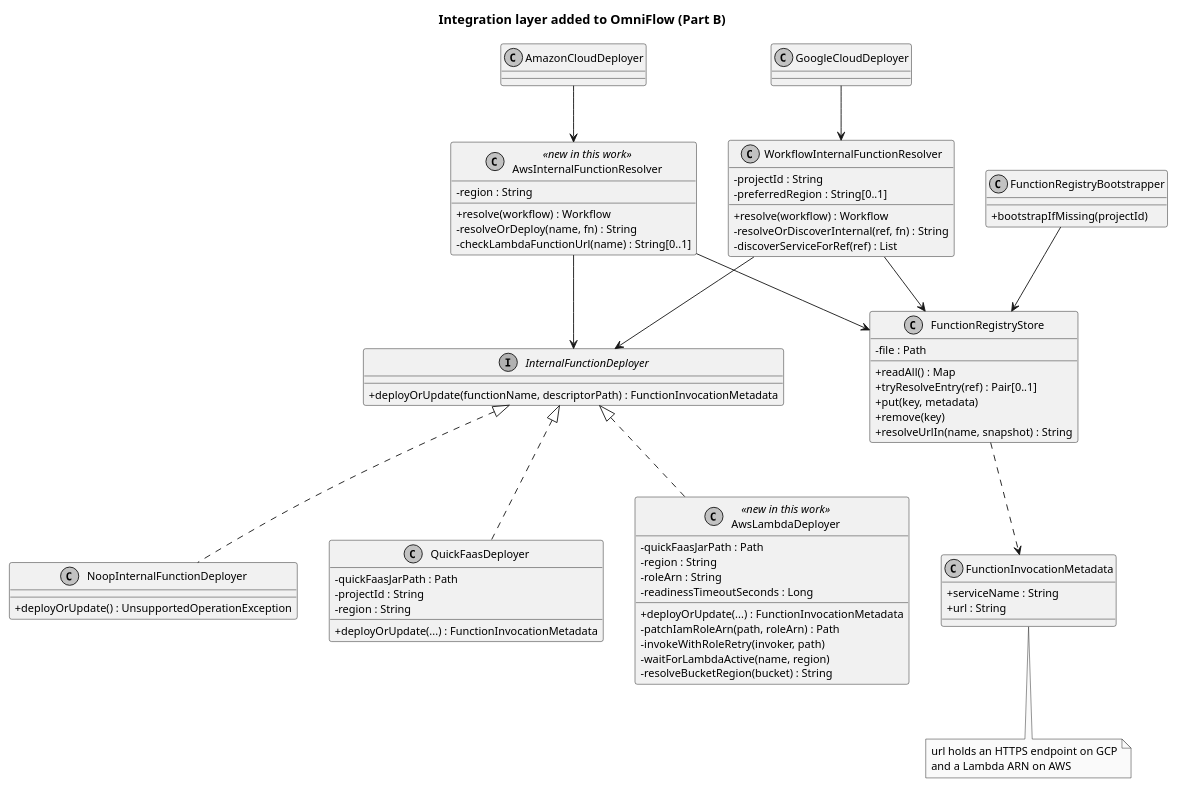
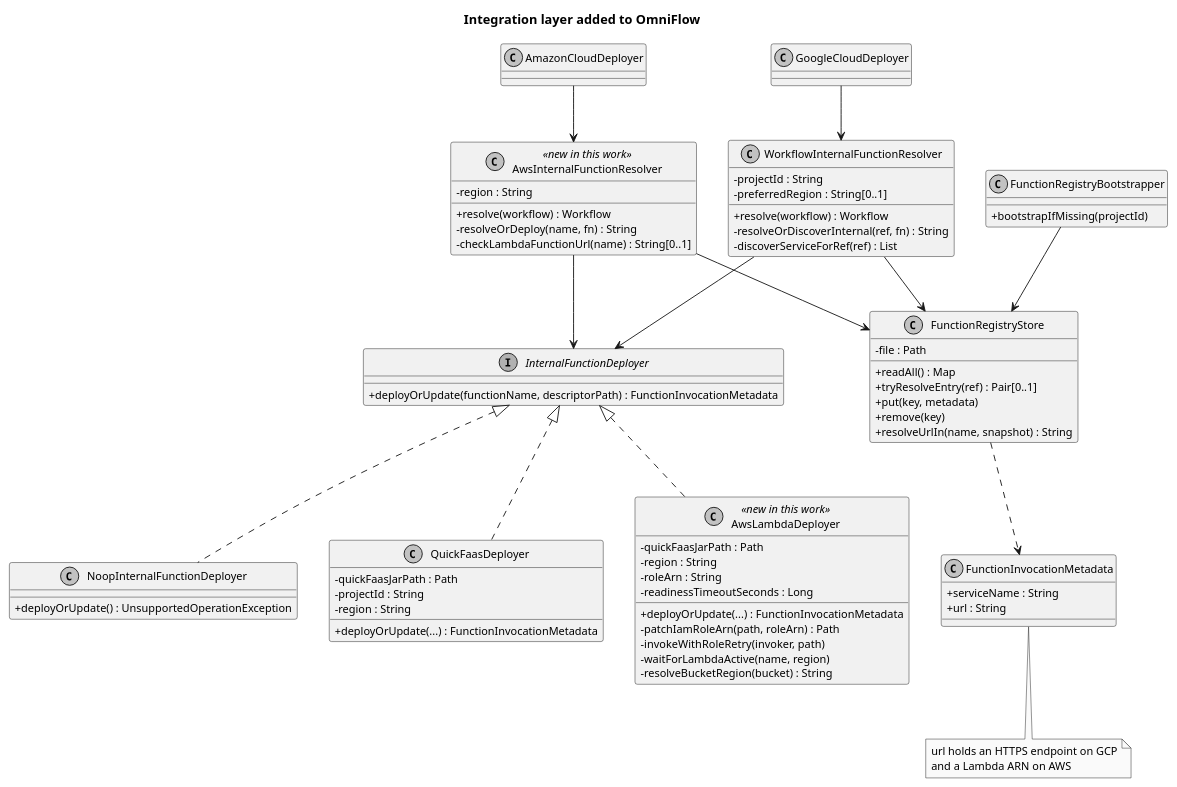
The diagram in diagrams/omniflow-integration-classes.puml (EngenheiroPedroCarvalho/ISEL-Thesis-2526), drawn with PlantUML before and after one commit.

Commit message:
Fix title formatting in OmniFlow integration diagram

```diff
--- a/diagrams/omniflow-integration-classes.puml
+++ b/diagrams/omniflow-integration-classes.puml
@@ -1,87 +1,87 @@
 @startuml omniflow-integration-classes
 skinparam monochrome true
 skinparam shadowing false
 skinparam classAttributeIconSize 0
 skinparam defaultFontSize 12
-title Integration layer added to OmniFlow (Part B)
+title Integration layer added to OmniFlow
 
 interface InternalFunctionDeployer {
   +deployOrUpdate(functionName, descriptorPath) : FunctionInvocationMetadata
 }
 
 class NoopInternalFunctionDeployer {
   +deployOrUpdate() : UnsupportedOperationException
 }
 
 class QuickFaasDeployer {
   -quickFaasJarPath : Path
   -projectId : String
   -region : String
   +deployOrUpdate(...) : FunctionInvocationMetadata
 }
 
 class AwsLambdaDeployer <<new in this work>> {
   -quickFaasJarPath : Path
   -region : String
   -roleArn : String
   -readinessTimeoutSeconds : Long
   +deployOrUpdate(...) : FunctionInvocationMetadata
   -patchIamRoleArn(path, roleArn) : Path
   -invokeWithRoleRetry(invoker, path)
   -waitForLambdaActive(name, region)
   -resolveBucketRegion(bucket) : String
 }
 
 class WorkflowInternalFunctionResolver {
   -projectId : String
   -preferredRegion : String[0..1]
   +resolve(workflow) : Workflow
   -resolveOrDiscoverInternal(ref, fn) : String
   -discoverServiceForRef(ref) : List
 }
 
 class AwsInternalFunctionResolver <<new in this work>> {
   -region : String
   +resolve(workflow) : Workflow
   -resolveOrDeploy(name, fn) : String
   -checkLambdaFunctionUrl(name) : String[0..1]
 }
 
 class FunctionRegistryStore {
   -file : Path
   +readAll() : Map
   +tryResolveEntry(ref) : Pair[0..1]
   +put(key, metadata)
   +remove(key)
   +resolveUrlIn(name, snapshot) : String
 }
 
 class FunctionInvocationMetadata {
   +serviceName : String
   +url : String
 }
 
 class FunctionRegistryBootstrapper {
   +bootstrapIfMissing(projectId)
 }
 
 class GoogleCloudDeployer
 class AmazonCloudDeployer
 
 InternalFunctionDeployer <|.. NoopInternalFunctionDeployer
 InternalFunctionDeployer <|.. QuickFaasDeployer
 InternalFunctionDeployer <|.. AwsLambdaDeployer
 GoogleCloudDeployer --> WorkflowInternalFunctionResolver
 AmazonCloudDeployer --> AwsInternalFunctionResolver
 WorkflowInternalFunctionResolver --> FunctionRegistryStore
 AwsInternalFunctionResolver --> FunctionRegistryStore
 WorkflowInternalFunctionResolver --> InternalFunctionDeployer
 AwsInternalFunctionResolver --> InternalFunctionDeployer
 FunctionRegistryStore ..> FunctionInvocationMetadata
 FunctionRegistryBootstrapper --> FunctionRegistryStore
 
 note bottom of FunctionInvocationMetadata
   url holds an HTTPS endpoint on GCP
   and a Lambda ARN on AWS
 end note
 @enduml
```
